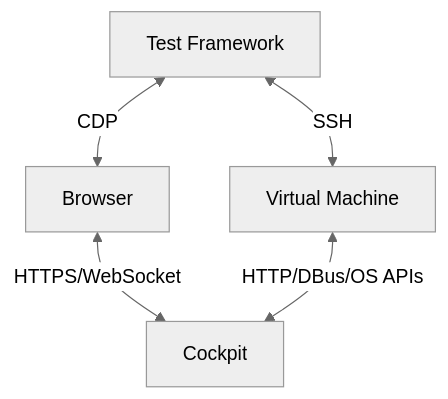
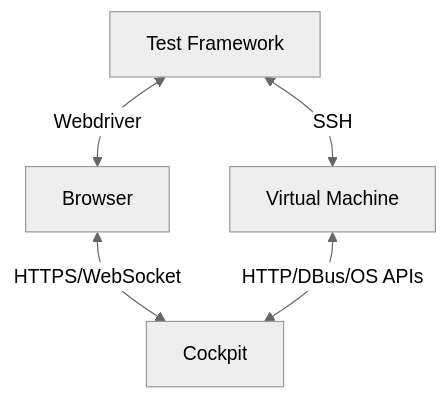
One commit to cockpit-project/cockpit changed the first of 3 diagrams in test/ARCHITECTURE.md. Above: the diagram before and after it, drawn with Mermaid (neutral theme). The commit also changed other lines of this file and 1 other file, not shown here.

First line of the commit message:
test/{README,ARCHITECTURE}.md: avoid mentioning CDP

````diff
--- a/test/ARCHITECTURE.md
+++ b/test/ARCHITECTURE.md
@@ -31,7 +31,7 @@
 ```mermaid
 graph TD;
-    id[Test Framework] <-->|CDP| Browser;
+    id[Test Framework] <-->|Webdriver| Browser;
     Browser <-->|HTTPS/WebSocket| Cockpit;
     id1[Virtual Machine] <-->|HTTP/DBus/OS APIs| Cockpit;
     id[Test Framework] <-->|SSH| id1[Virtual Machine];
 ```
````
